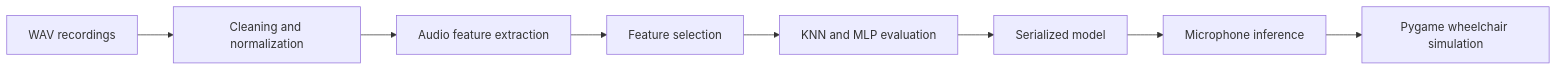
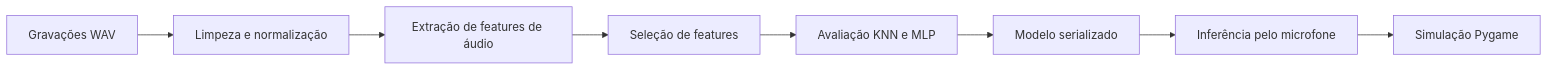
The diagram in README.md (josepedrocunhazzz/voice_controlled_wheelchair), drawn with Mermaid before and after one commit. The commit also changed other lines of this file and 1 other file, not shown here.

````diff
--- a/README.md
+++ b/README.md
@@ -27,10 +23,10 @@
 ```mermaid
 flowchart LR
-    A[WAV recordings] --> B[Cleaning and normalization]
-    B --> C[Audio feature extraction]
-    C --> D[Feature selection]
-    D --> E[KNN and MLP evaluation]
-    E --> F[Serialized model]
-    F --> G[Microphone inference]
-    G --> H[Pygame wheelchair simulation]
+    A[Gravações WAV] --> B[Limpeza e normalização]
+    B --> C[Extração de features de áudio]
+    C --> D[Seleção de features]
+    D --> E[Avaliação KNN e MLP]
+    E --> F[Modelo serializado]
+    F --> G[Inferência pelo microfone]
+    G --> H[Simulação Pygame]
 ```
````
